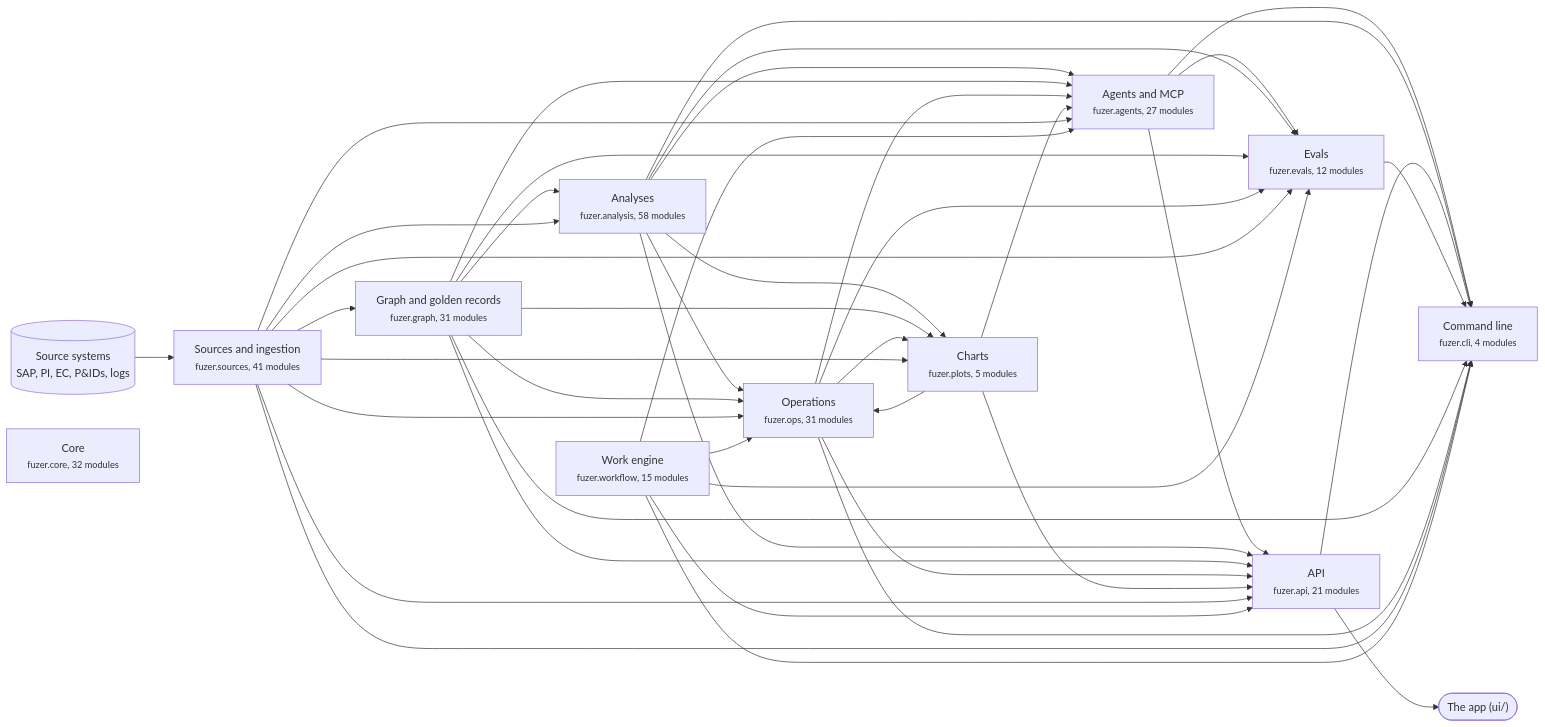
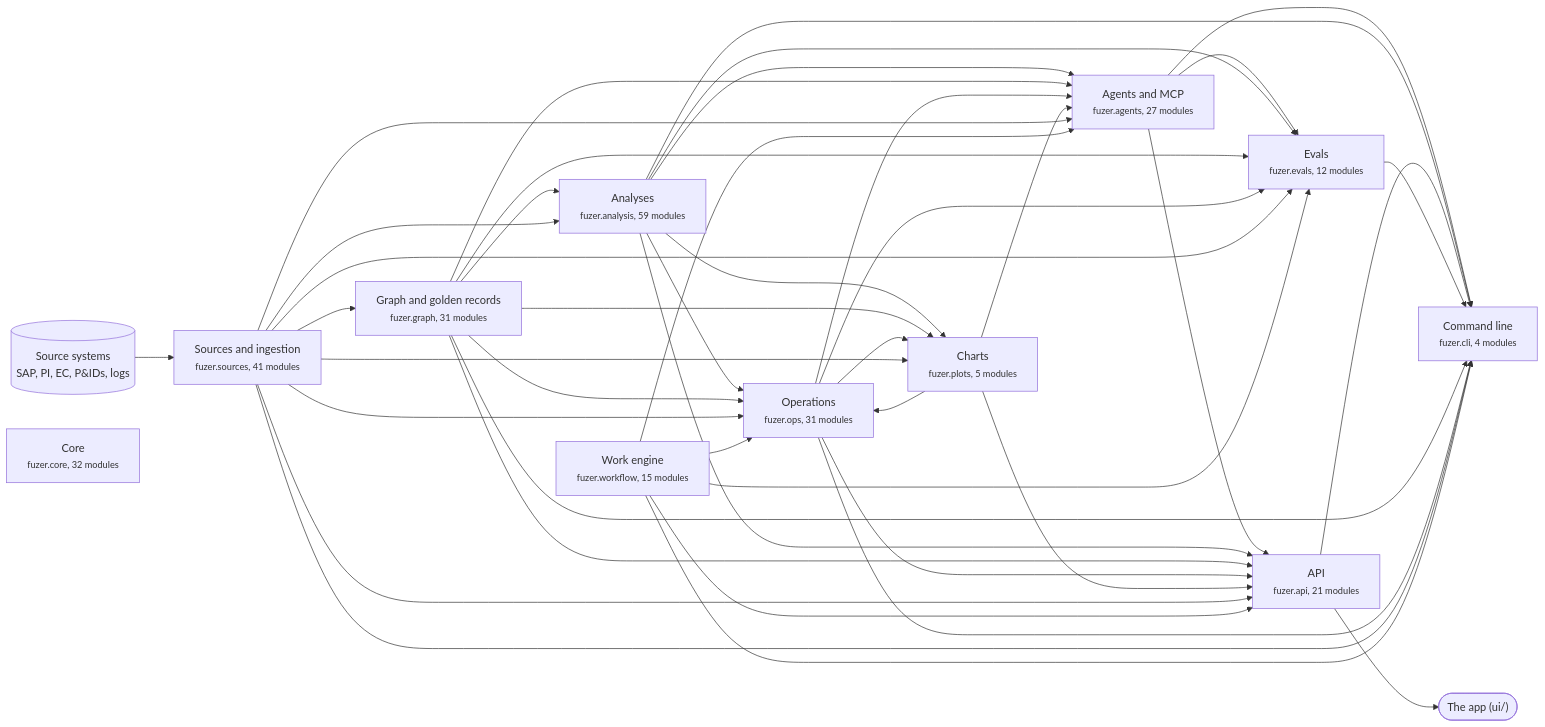
Before and after one commit to areed145/fuzer: the first of 3 diagrams in docs/architecture.md, drawn with Mermaid. The commit also changed other lines of this file and 15 other files, not shown here.

````diff
--- a/docs/architecture.md
+++ b/docs/architecture.md
@@ -8,67 +8,67 @@
 ```mermaid
 flowchart LR
   systems[("Source systems<br>SAP, PI, EC, P&IDs, logs")] --> c_sources
   app(["The app (ui/)"])
   c_api --> app
   c_sources["Sources and ingestion<br><small>fuzer.sources, 41 modules</small>"]
   c_graph["Graph and golden records<br><small>fuzer.graph, 31 modules</small>"]
-  c_analysis["Analyses<br><small>fuzer.analysis, 58 modules</small>"]
+  c_analysis["Analyses<br><small>fuzer.analysis, 59 modules</small>"]
   c_ops["Operations<br><small>fuzer.ops, 31 modules</small>"]
   c_plots["Charts<br><small>fuzer.plots, 5 modules</small>"]
   c_workflow["Work engine<br><small>fuzer.workflow, 15 modules</small>"]
   c_agents["Agents and MCP<br><small>fuzer.agents, 27 modules</small>"]
   c_evals["Evals<br><small>fuzer.evals, 12 modules</small>"]
   c_api["API<br><small>fuzer.api, 21 modules</small>"]
   c_cli["Command line<br><small>fuzer.cli, 4 modules</small>"]
   c_core["Core<br><small>fuzer.core, 32 modules</small>"]
   c_sources --> c_graph
   c_graph --> c_analysis
   c_sources --> c_analysis
   c_analysis --> c_ops
   c_graph --> c_ops
   c_plots --> c_ops
   c_sources --> c_ops
   c_workflow --> c_ops
   c_analysis --> c_plots
   c_graph --> c_plots
   c_ops --> c_plots
   c_sources --> c_plots
   c_analysis --> c_agents
   c_graph --> c_agents
   c_ops --> c_agents
   c_plots --> c_agents
   c_sources --> c_agents
   c_workflow --> c_agents
   c_agents --> c_evals
   c_analysis --> c_evals
   c_graph --> c_evals
   c_ops --> c_evals
   c_sources --> c_evals
   c_workflow --> c_evals
   c_agents --> c_api
   c_analysis --> c_api
   c_graph --> c_api
   c_ops --> c_api
   c_plots --> c_api
   c_sources --> c_api
   c_workflow --> c_api
   c_agents --> c_cli
   c_analysis --> c_cli
   c_api --> c_cli
   c_evals --> c_cli
   c_graph --> c_cli
   c_ops --> c_cli
   c_sources --> c_cli
   c_workflow --> c_cli
   click c_sources "https://github.com/areed145/fuzer/tree/main/src/fuzer/sources"
   click c_graph "https://github.com/areed145/fuzer/tree/main/src/fuzer/graph"
   click c_analysis "https://github.com/areed145/fuzer/tree/main/src/fuzer/analysis"
   click c_ops "https://github.com/areed145/fuzer/tree/main/src/fuzer/ops"
   click c_plots "https://github.com/areed145/fuzer/tree/main/src/fuzer/plots"
   click c_workflow "https://github.com/areed145/fuzer/tree/main/src/fuzer/workflow"
   click c_agents "https://github.com/areed145/fuzer/tree/main/src/fuzer/agents"
   click c_evals "https://github.com/areed145/fuzer/tree/main/src/fuzer/evals"
   click c_api "https://github.com/areed145/fuzer/tree/main/src/fuzer/api"
   click c_cli "https://github.com/areed145/fuzer/tree/main/src/fuzer/cli"
   click c_core "https://github.com/areed145/fuzer/tree/main/src/fuzer/core"
 ```
````
